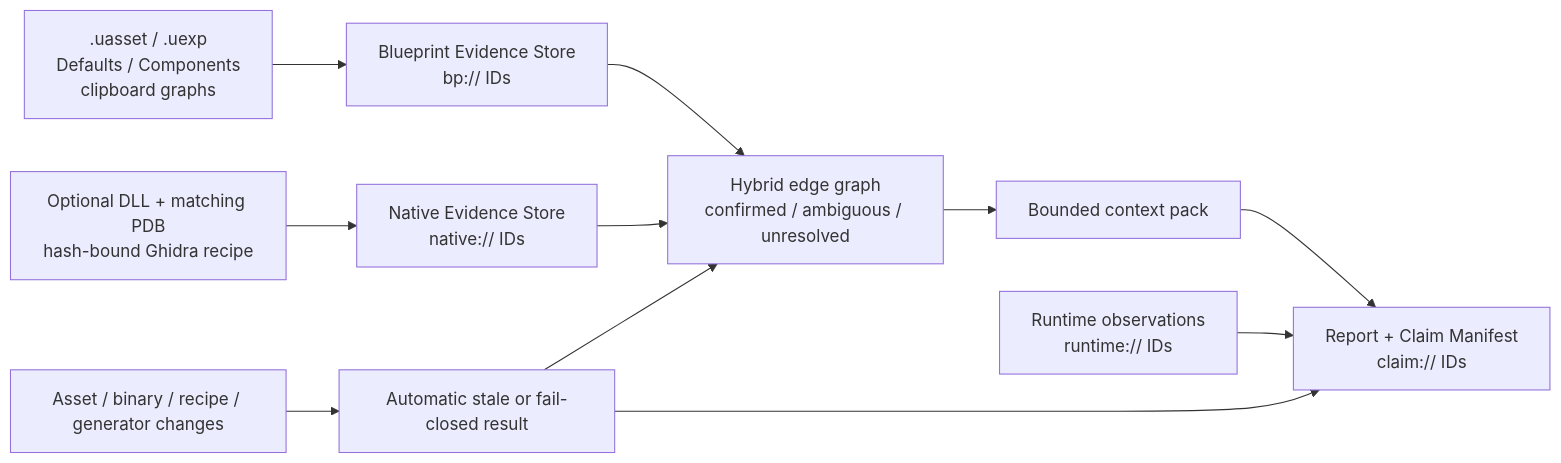
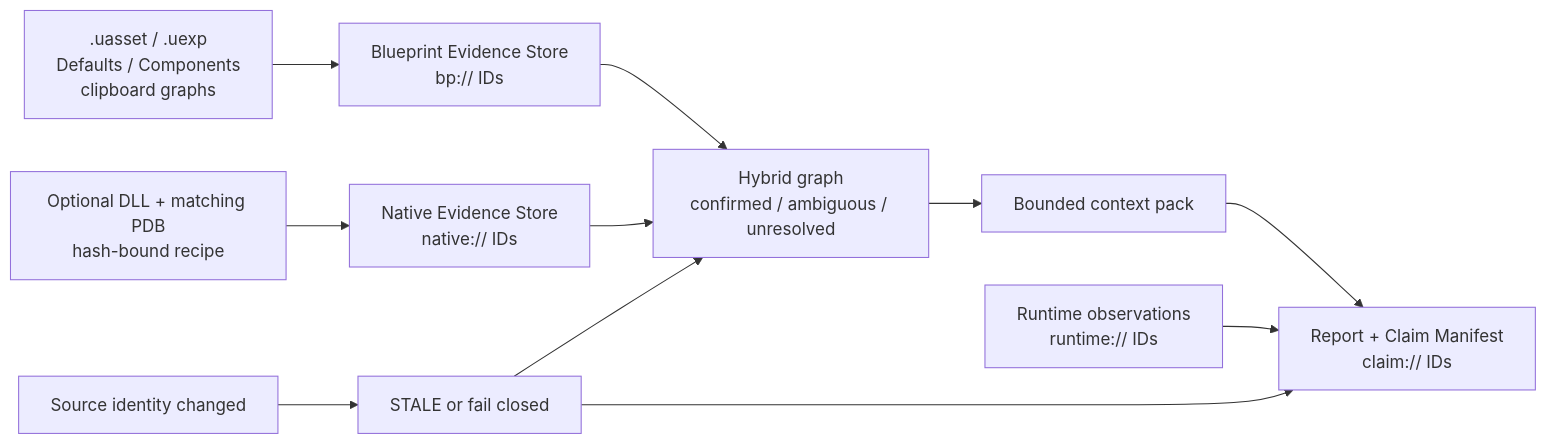
Before and after one commit to pityonother/Blueprint-to-Code: the diagram in README.md, drawn with Mermaid. The commit also changed other lines of this file and 7 other files, not shown here.

````diff
--- a/README.md
+++ b/README.md
@@ -36,13 +84,13 @@
 ```mermaid
 flowchart LR
     A[".uasset / .uexp<br/>Defaults / Components<br/>clipboard graphs"] --> B["Blueprint Evidence Store<br/>bp:// IDs"]
-    C["Optional DLL + matching PDB<br/>hash-bound Ghidra recipe"] --> D["Native Evidence Store<br/>native:// IDs"]
-    B --> E["Hybrid edge graph<br/>confirmed / ambiguous / unresolved"]
+    C["Optional DLL + matching PDB<br/>hash-bound recipe"] --> D["Native Evidence Store<br/>native:// IDs"]
+    B --> E["Hybrid graph<br/>confirmed / ambiguous / unresolved"]
     D --> E
     E --> F["Bounded context pack"]
     F --> G["Report + Claim Manifest<br/>claim:// IDs"]
     H["Runtime observations<br/>runtime:// IDs"] --> G
-    I["Asset / binary / recipe / generator changes"] --> J["Automatic stale or fail-closed result"]
+    I["Source identity changed"] --> J["STALE or fail closed"]
     J --> E
     J --> G
 ```
````
